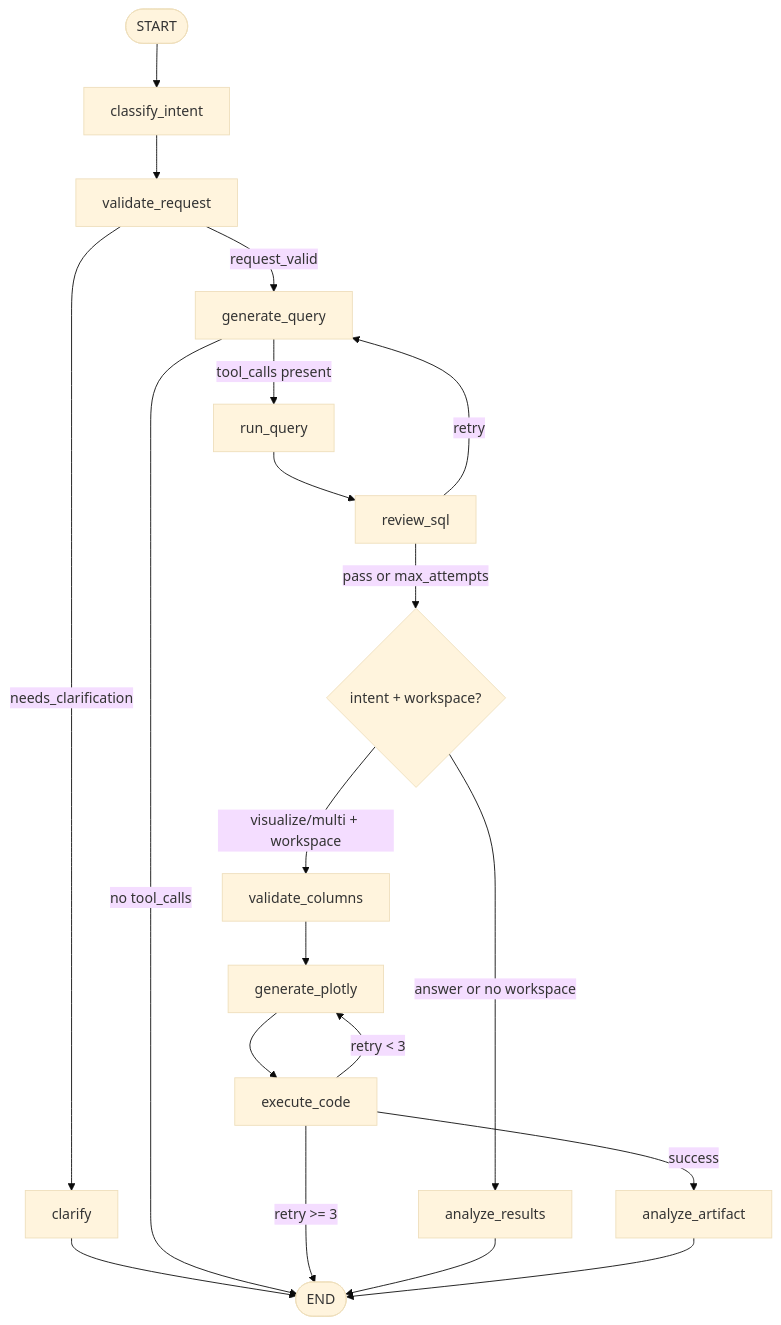
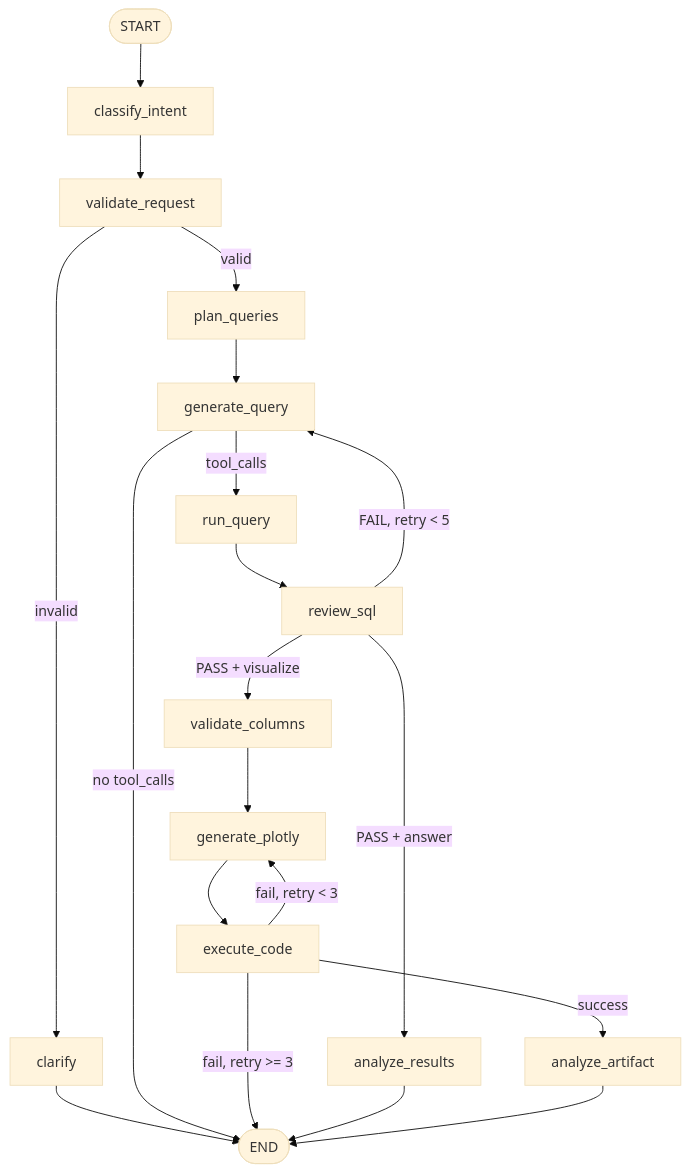
One commit to andresfortunato/City-Growth-AI-Agent changed the diagram in README.md. Above: the diagram before and after it, drawn with Mermaid (base theme). The commit also changed other lines of this file, not shown here.

First line of the commit message:
docs: Comprehensive README with architecture, examples, and roadmap

````diff
--- a/README.md
+++ b/README.md
@@ -76,22 +194,22 @@
 ```mermaid
 flowchart TD
     START([START]) --> classify_intent
     classify_intent --> validate_request
-    validate_request -->|request_valid| generate_query
-    validate_request -->|needs_clarification| clarify
+    validate_request -->|valid| plan_queries
+    validate_request -->|invalid| clarify
     clarify --> END([END])
-    generate_query -->|tool_calls present| run_query
+    plan_queries --> generate_query
+    generate_query -->|tool_calls| run_query
     generate_query -->|no tool_calls| END
     run_query --> review_sql
-    review_sql -->|retry| generate_query
-    review_sql -->|pass or max_attempts| route_intent{intent + workspace?}
-    route_intent -->|visualize/multi + workspace| validate_columns
-    route_intent -->|answer or no workspace| analyze_results
+    review_sql -->|PASS + visualize| validate_columns
+    review_sql -->|PASS + answer| analyze_results
+    review_sql -->|FAIL, retry < 5| generate_query
     validate_columns --> generate_plotly
     generate_plotly --> execute_code
     execute_code -->|success| analyze_artifact
-    execute_code -->|retry < 3| generate_plotly
-    execute_code -->|retry >= 3| END
+    execute_code -->|fail, retry < 3| generate_plotly
+    execute_code -->|fail, retry >= 3| END
     analyze_results --> END
     analyze_artifact --> END
 ```
````
